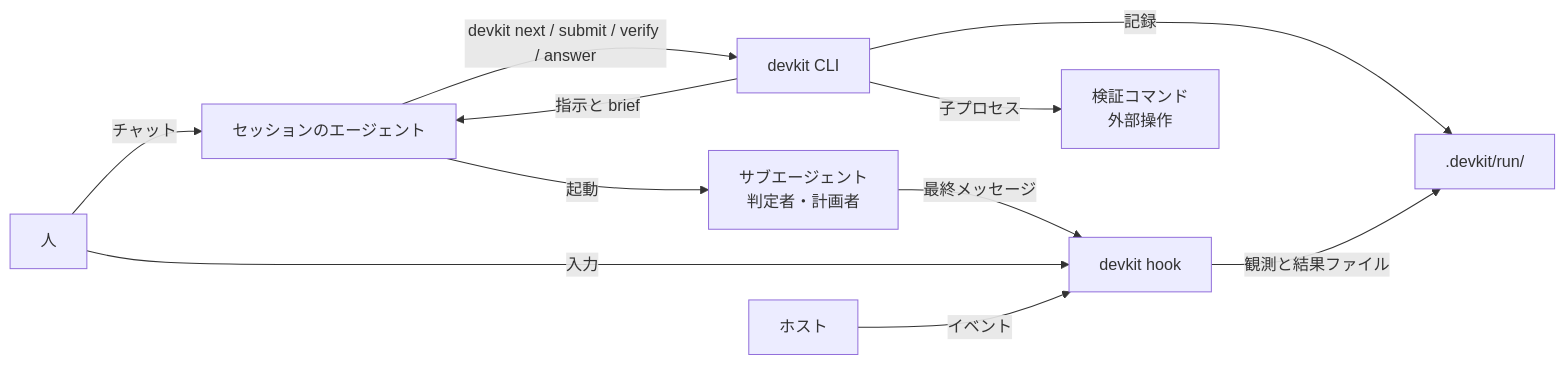
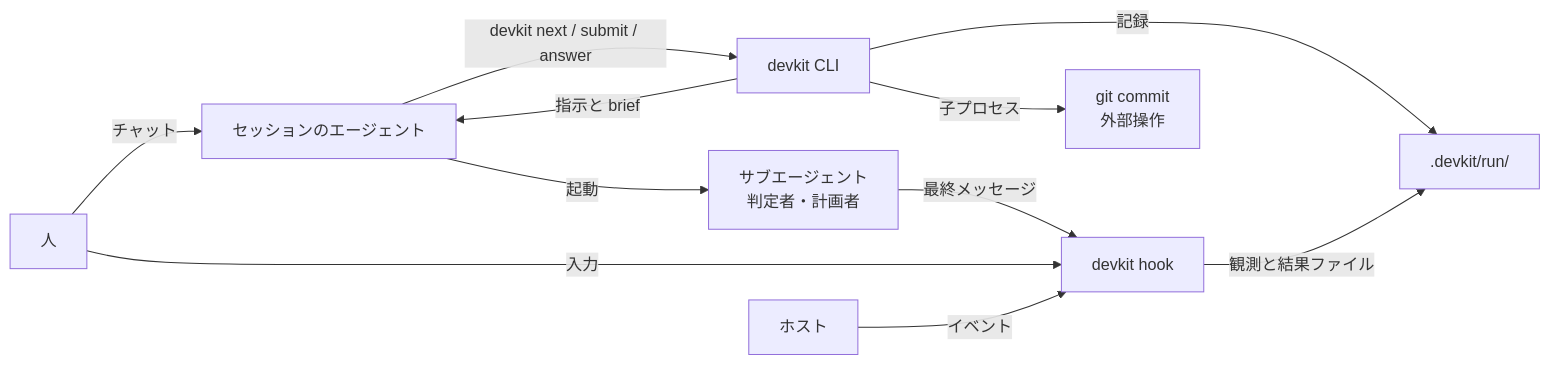
Before and after one commit to ildjenty/dev-kit: the diagram in docs/architecture.md, drawn with Mermaid. The commit also changed other lines of this file and 8 other files, not shown here.

First line of the commit message:
検証を devkit の仕組みからリポジトリの pre-commit に移す

````diff
--- a/docs/architecture.md
+++ b/docs/architecture.md
@@ -7,13 +7,13 @@
 ```mermaid
 graph LR
   human[人] -- チャット --> agent[セッションのエージェント]
-  agent -- "devkit next / submit / verify / answer" --> devkit[devkit CLI]
+  agent -- "devkit next / submit / answer" --> devkit[devkit CLI]
   devkit -- 指示と brief --> agent
   devkit -- 記録 --> run[.devkit/run/]
   agent -- 起動 --> sub[サブエージェント<br/>判定者・計画者]
   sub -- 最終メッセージ --> hook[devkit hook]
   human -- 入力 --> hook
   hook -- 観測と結果ファイル --> run
-  devkit -- 子プロセス --> cmd[検証コマンド<br/>外部操作]
+  devkit -- 子プロセス --> cmd[git commit<br/>外部操作]
   host[ホスト] -- イベント --> hook
 ```
````
